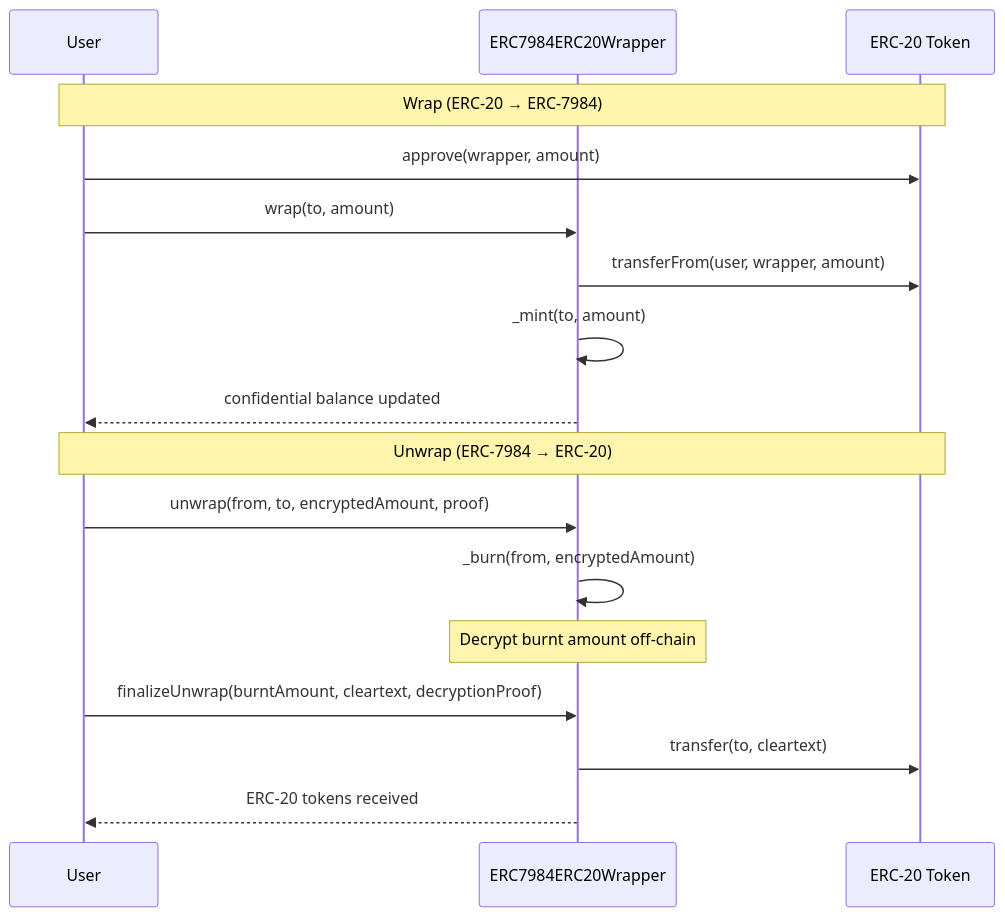
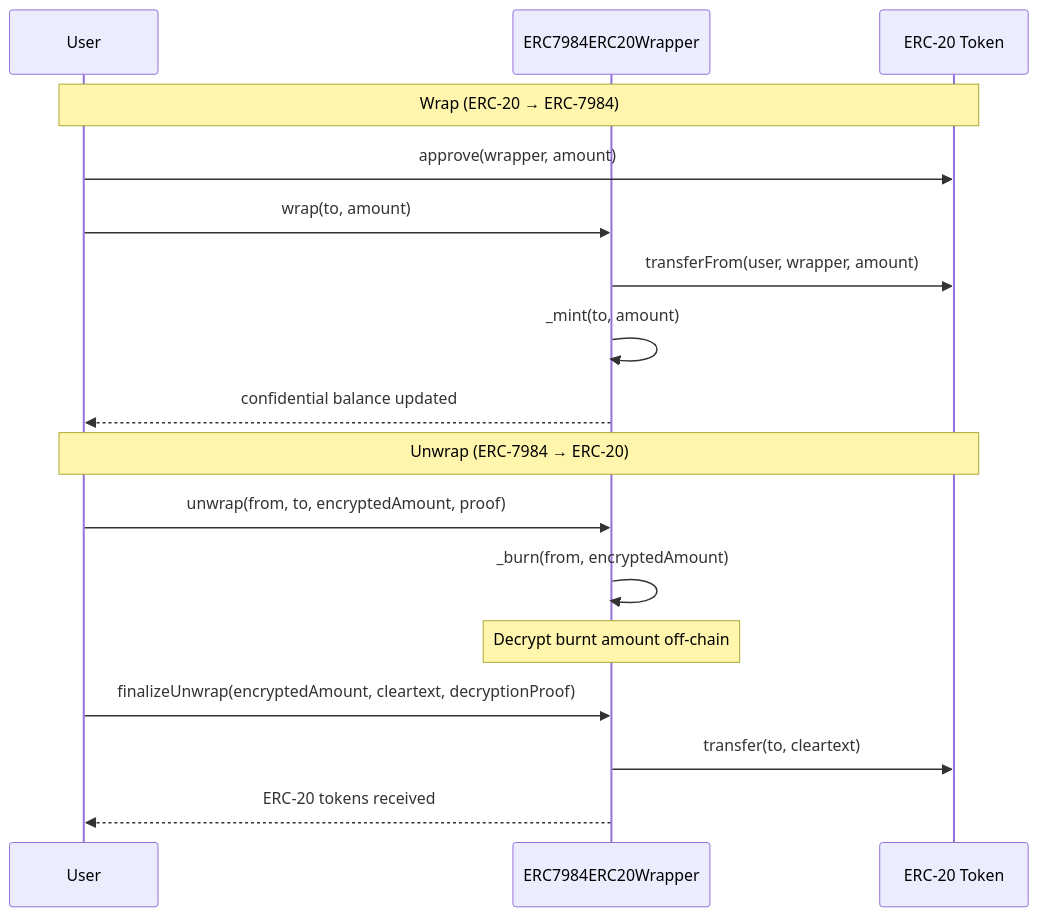
The diagram in src/guides/build-confidential-tokens/erc7984erc20wrapper.md (iExec-Nox/documentation), drawn with Mermaid before and after one commit. The commit also changed other lines of this file, not shown here.

Commit message:
fix: params of function

````diff
--- a/src/guides/build-confidential-tokens/erc7984erc20wrapper.md
+++ b/src/guides/build-confidential-tokens/erc7984erc20wrapper.md
@@ -15,21 +15,21 @@
 ```mermaid
 sequenceDiagram
     participant User
     participant Wrapper as ERC7984ERC20Wrapper
     participant ERC20 as ERC-20 Token
 
     Note over User,ERC20: Wrap (ERC-20 → ERC-7984)
     User->>ERC20: approve(wrapper, amount)
     User->>Wrapper: wrap(to, amount)
     Wrapper->>ERC20: transferFrom(user, wrapper, amount)
     Wrapper->>Wrapper: _mint(to, amount)
     Wrapper-->>User: confidential balance updated
 
     Note over User,ERC20: Unwrap (ERC-7984 → ERC-20)
     User->>Wrapper: unwrap(from, to, encryptedAmount, proof)
     Wrapper->>Wrapper: _burn(from, encryptedAmount)
     Note over Wrapper: Decrypt burnt amount off-chain
-    User->>Wrapper: finalizeUnwrap(burntAmount, cleartext, decryptionProof)
+    User->>Wrapper: finalizeUnwrap(encryptedAmount, cleartext, decryptionProof)
     Wrapper->>ERC20: transfer(to, cleartext)
     Wrapper-->>User: ERC-20 tokens received
 ```
````
